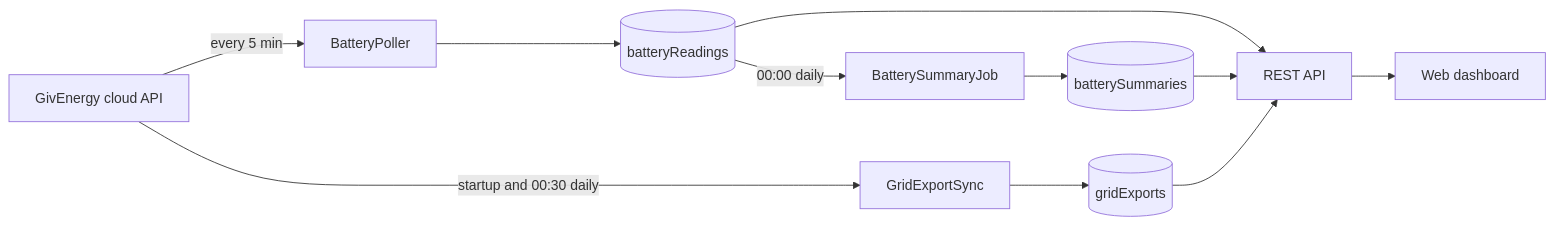
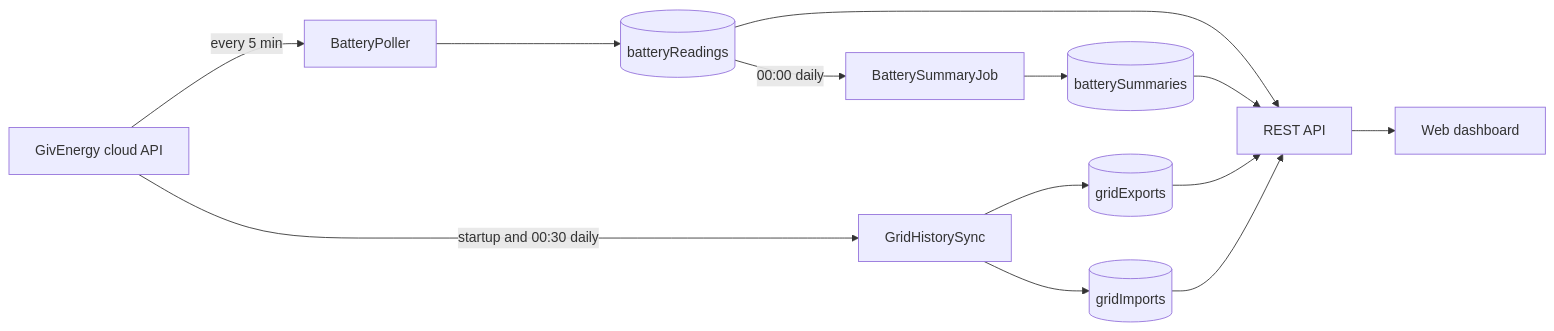
The diagram in README.md (jamieharwood/GivEnergy), drawn with Mermaid before and after one commit. The commit also changed other lines of this file and 30 other files, not shown here.

First line of the commit message:
Add grid import history, tariff costs and tabbed dashboard

````diff
--- a/README.md
+++ b/README.md
@@ -34,12 +37,13 @@
 ```mermaid
 flowchart LR
     GE[GivEnergy cloud API]
     GE -- every 5 min --> P[BatteryPoller]
     P --> R[(batteryReadings)]
     R -- 00:00 daily --> SJ[BatterySummaryJob]
     SJ --> S[(batterySummaries)]
-    GE -- startup and 00:30 daily --> GS[GridExportSync]
+    GE -- startup and 00:30 daily --> GS[GridHistorySync]
     GS --> X[(gridExports)]
-    R & S & X --> API[REST API]
+    GS --> I[(gridImports)]
+    R & S & X & I --> API[REST API]
     API --> UI[Web dashboard]
 ```
````
